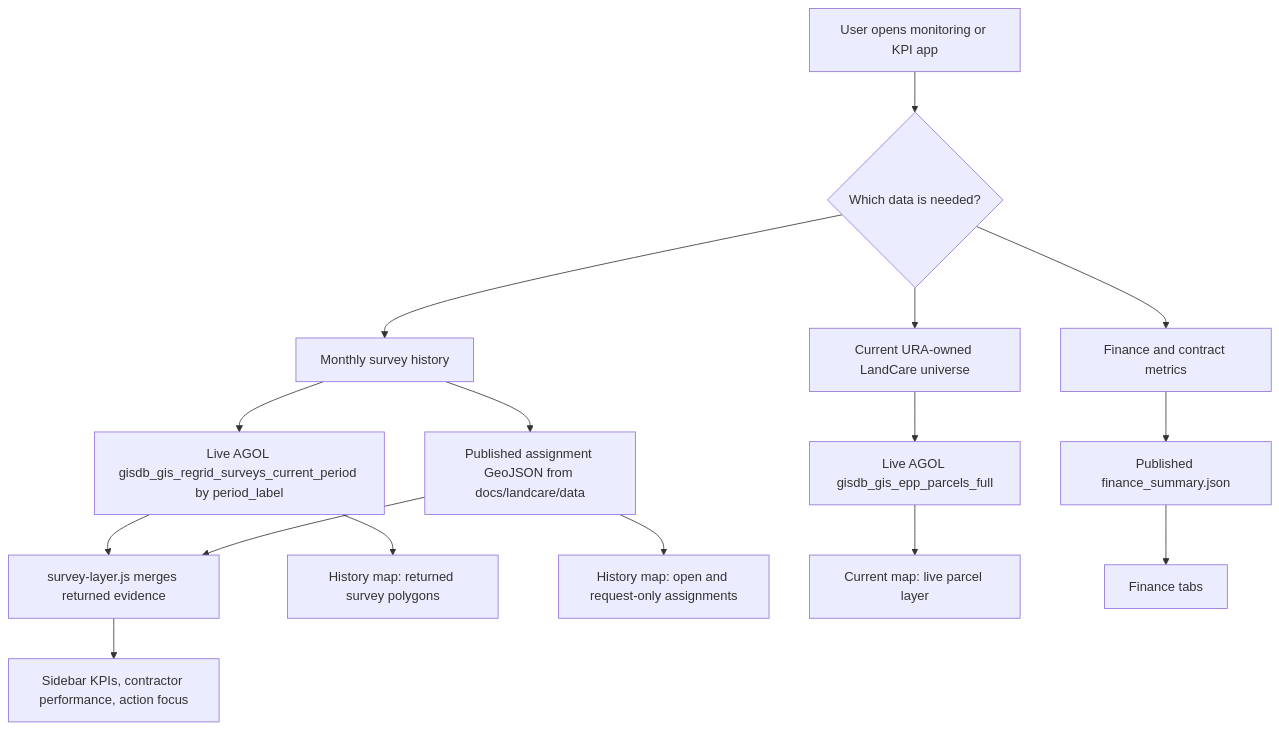
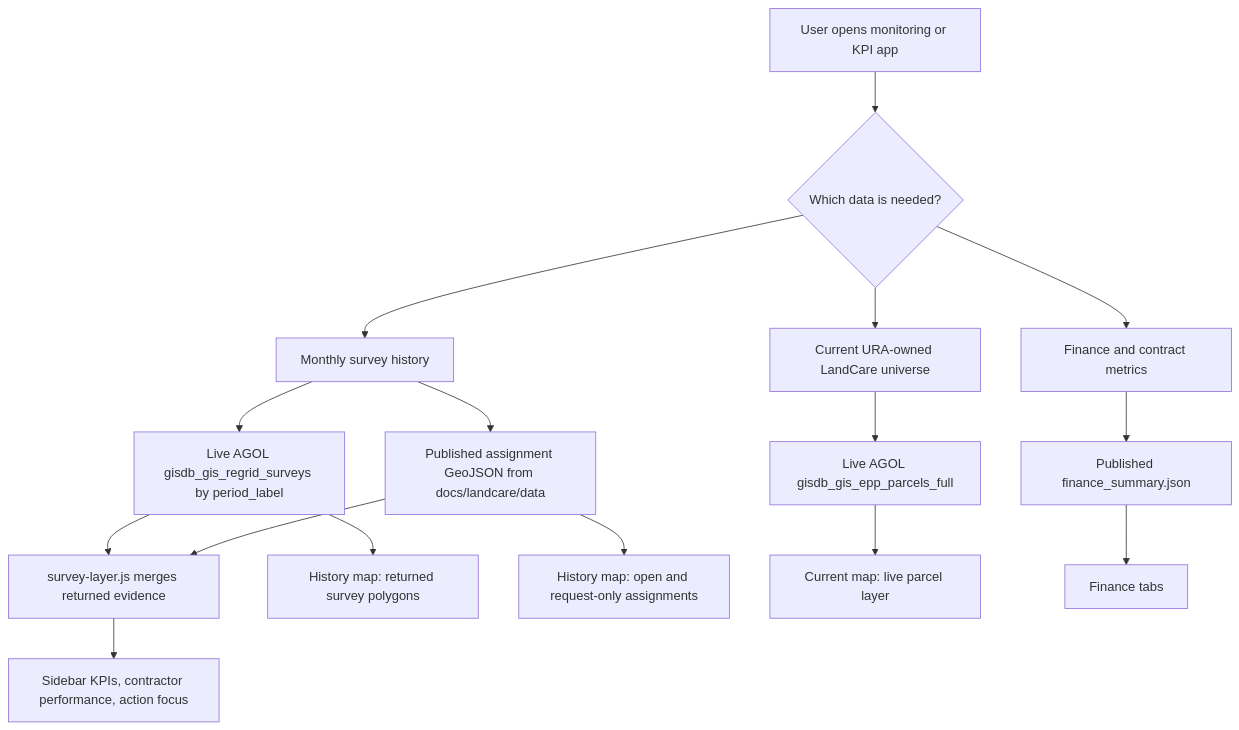
Before and after one commit to rutomo-ura/land-care-assurance: the second of 4 diagrams in docs/landcare-data-engineering-flow.md, drawn with Mermaid. The commit also changed other lines of this file and 10 other files, not shown here.

Commit message:
Use all-period AGOL survey layer

````diff
--- a/docs/landcare-data-engineering-flow.md
+++ b/docs/landcare-data-engineering-flow.md
@@ -60,21 +60,21 @@
 ```mermaid
 flowchart TD
     A["User opens monitoring or KPI app"] --> B{"Which data is needed?"}
 
     B --> C["Current URA-owned LandCare universe"]
     B --> D["Monthly survey history"]
     B --> E["Finance and contract metrics"]
 
     C --> F["Live AGOL gisdb_gis_epp_parcels_full"]
-    D --> G["Live AGOL gisdb_gis_regrid_surveys_current_period by period_label"]
+    D --> G["Live AGOL gisdb_gis_regrid_surveys by period_label"]
     D --> H["Published assignment GeoJSON from docs/landcare/data"]
     E --> I["Published finance_summary.json"]
 
     G --> J["survey-layer.js merges returned evidence"]
     H --> J
     J --> K["Sidebar KPIs, contractor performance, action focus"]
     G --> L["History map: returned survey polygons"]
     H --> M["History map: open and request-only assignments"]
     F --> N["Current map: live parcel layer"]
     I --> O["Finance tabs"]
 ```
````
